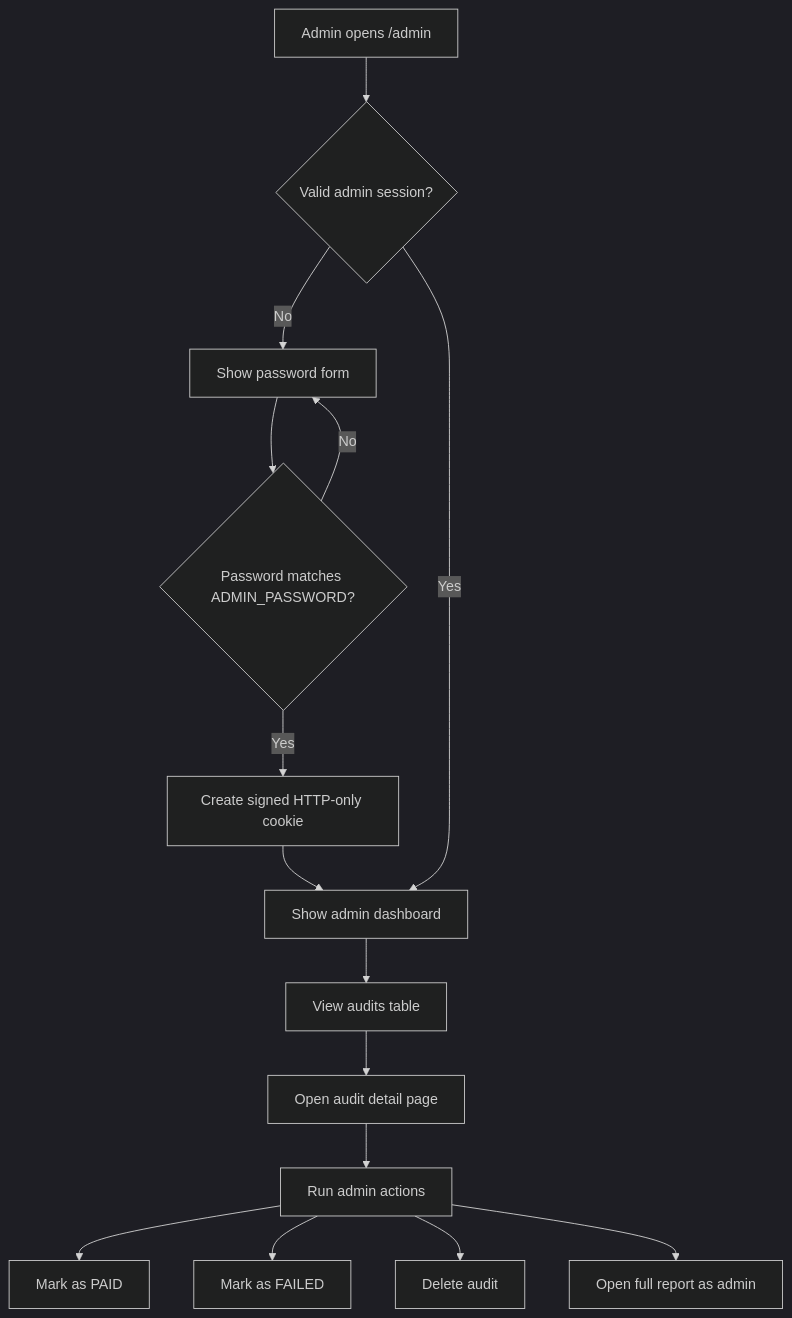
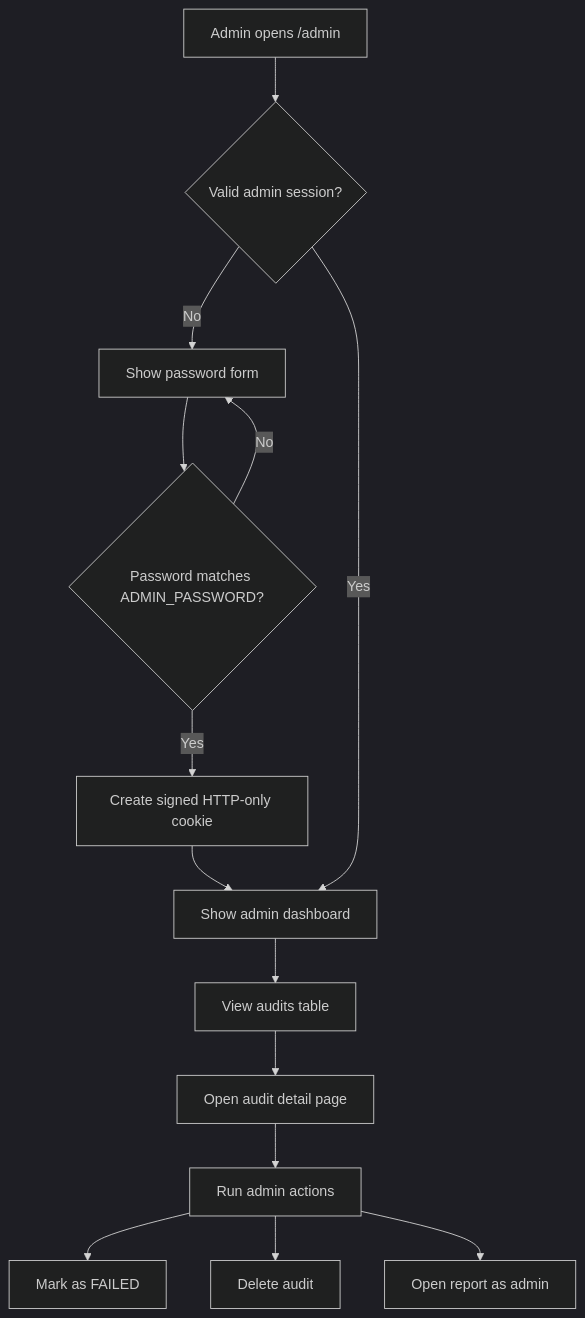
The fourth of 10 diagrams in docs/ARCHITECTURE.md (Luxion07/sitegap-ai), drawn with Mermaid (dark theme) before and after one commit. The commit also changed other lines of this file and 15 other files, not shown here.

````diff
--- a/docs/ARCHITECTURE.md
+++ b/docs/ARCHITECTURE.md
@@ -162,28 +114,27 @@
 ```mermaid
 flowchart TD
   Admin[Admin opens /admin]
   CheckSession{Valid admin session?}
   Login[Show password form]
   Validate{Password matches ADMIN_PASSWORD?}
   SetCookie[Create signed HTTP-only cookie]
   Dashboard[Show admin dashboard]
   List[View audits table]
   Detail[Open audit detail page]
   Actions[Run admin actions]
 
   Admin --> CheckSession
   CheckSession -- No --> Login
   Login --> Validate
   Validate -- No --> Login
   Validate -- Yes --> SetCookie
   SetCookie --> Dashboard
   CheckSession -- Yes --> Dashboard
   Dashboard --> List
   List --> Detail
   Detail --> Actions
 
-  Actions --> MarkPaid[Mark as PAID]
   Actions --> MarkFailed[Mark as FAILED]
   Actions --> Delete[Delete audit]
-  Actions --> OpenFull[Open full report as admin]
+  Actions --> OpenReport[Open report as admin]
 ```
````
